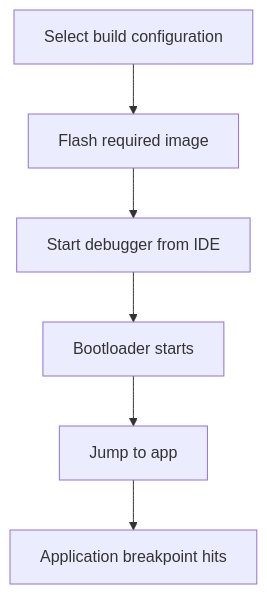
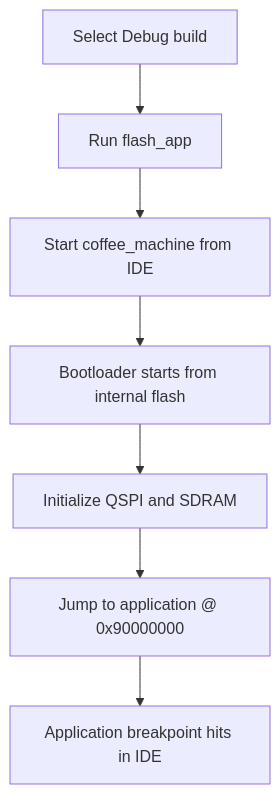
Before and after one commit to embmike/coffe_machine: the diagram in docs/03-debugging/README.md, drawn with Mermaid. The commit also changed other lines of this file and 1 other file, not shown here.

Commit message:
Those two chapters are now filled 02-build-and-flash and 03-debugging

````diff
--- a/docs/03-debugging/README.md
+++ b/docs/03-debugging/README.md
@@ -42,8 +158,9 @@
 ```mermaid
 flowchart TD
-    A["Select build configuration"] --> B["Flash required image"]
-    B --> C["Start debugger from IDE"]
-    C --> D["Bootloader starts"]
-    D --> E["Jump to app"]
-    E --> F["Application breakpoint hits"]
+    A["Select Debug build"] --> B["Run flash_app"]
+    B --> C["Start coffee_machine from IDE"]
+    C --> D["Bootloader starts from internal flash"]
+    D --> E["Initialize QSPI and SDRAM"]
+    E --> F["Jump to application @ 0x90000000"]
+    F --> G["Application breakpoint hits in IDE"]
 ```
````
